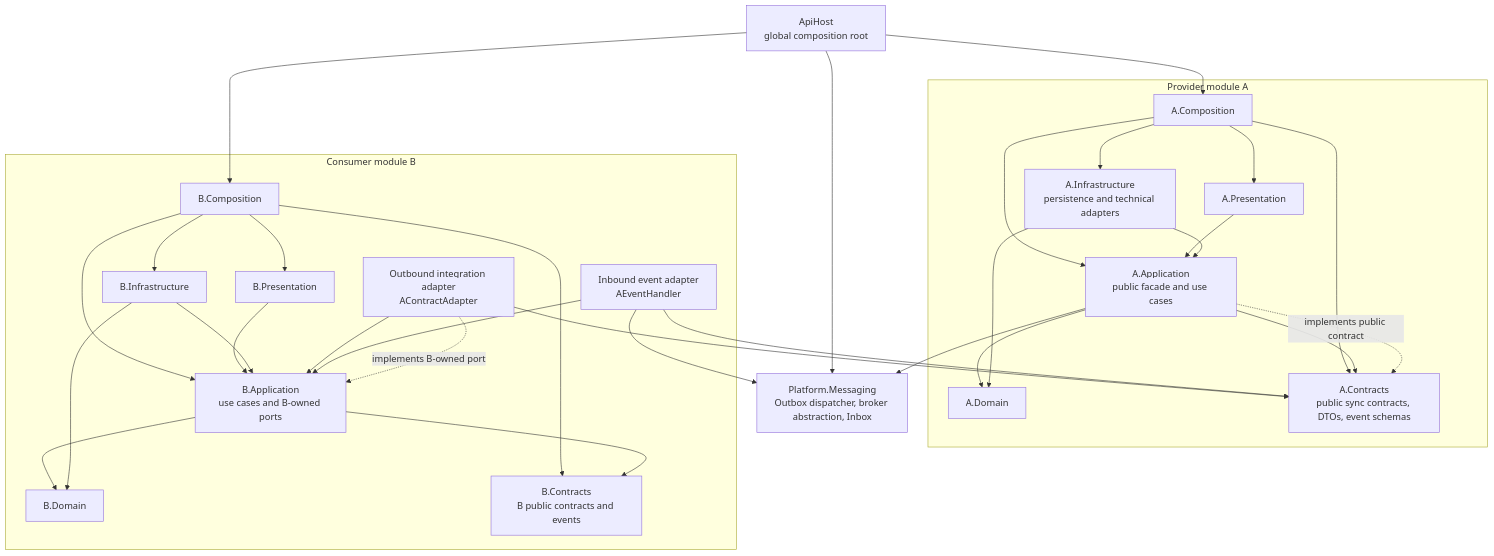
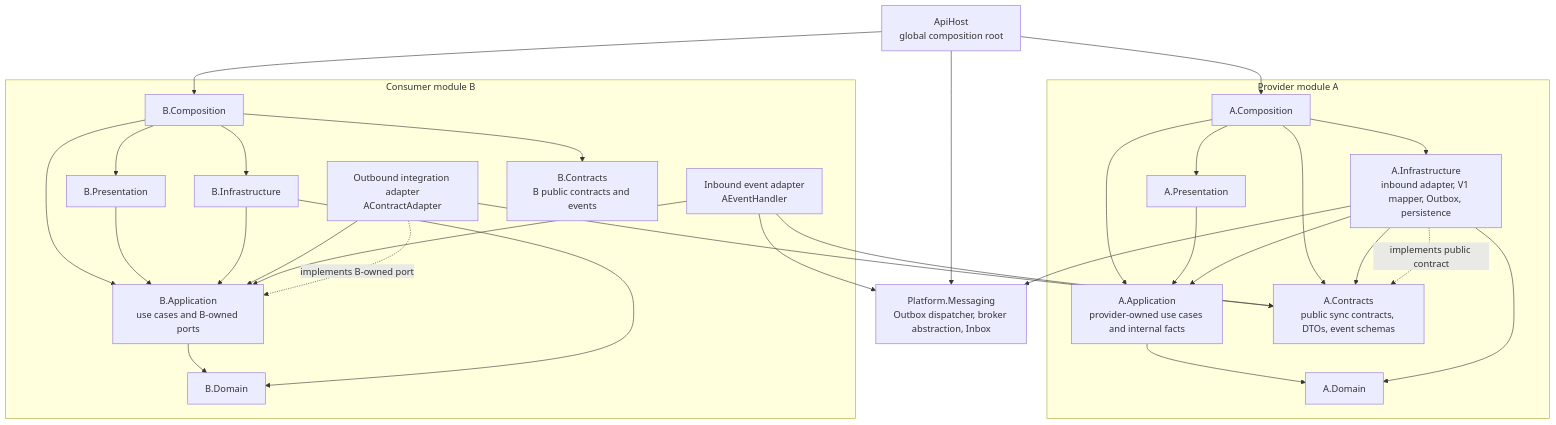
Before and after one commit to von12549/IFX: the first of 2 diagrams in docs/architecture/review/diagrams/03-target-contracts-adapters-events-architecture.md, drawn with Mermaid. The commit also changed other lines of this file and 163 other files, not shown here.

Commit message:
refactor: implement contract adapter event boundaries

````diff
--- a/docs/architecture/review/diagrams/03-target-contracts-adapters-events-architecture.md
+++ b/docs/architecture/review/diagrams/03-target-contracts-adapters-events-architecture.md
@@ -11,58 +11,57 @@
 ```mermaid
 flowchart TB
     Host[ApiHost<br/>global composition root]
 
     subgraph A[Provider module A]
         AC[A.Composition]
         AP[A.Presentation]
-        AA[A.Application<br/>public facade and use cases]
+        AA[A.Application<br/>provider-owned use cases and internal facts]
         AD[A.Domain]
-        AI[A.Infrastructure<br/>persistence and technical adapters]
+        AI[A.Infrastructure<br/>inbound adapter, V1 mapper, Outbox, persistence]
         ACT[A.Contracts<br/>public sync contracts, DTOs, event schemas]
 
         AC --> AP
         AC --> AA
         AC --> AI
         AC --> ACT
         AP --> AA
         AA --> AD
-        AA --> ACT
         AI --> AA
         AI --> AD
-        AA -. implements public contract .-> ACT
+        AI --> ACT
+        AI -. implements public contract .-> ACT
     end
 
     subgraph B[Consumer module B]
         BC[B.Composition]
         BP[B.Presentation]
         BA[B.Application<br/>use cases and B-owned ports]
         BD[B.Domain]
         BI[B.Infrastructure]
         BOUT[Outbound integration adapter<br/>AContractAdapter]
         BIN[Inbound event adapter<br/>AEventHandler]
         BCT[B.Contracts<br/>B public contracts and events]
 
         BC --> BP
         BC --> BA
         BC --> BI
         BC --> BCT
         BP --> BA
         BA --> BD
-        BA --> BCT
         BI --> BA
         BI --> BD
         BOUT --> BA
         BOUT --> ACT
         BIN --> ACT
         BIN --> BA
         BOUT -. implements B-owned port .-> BA
     end
 
     Msg[Platform.Messaging<br/>Outbox dispatcher, broker abstraction, Inbox]
 
     Host --> AC
     Host --> BC
     Host --> Msg
-    AA --> Msg
+    AI --> Msg
     BIN --> Msg
 ```
````
